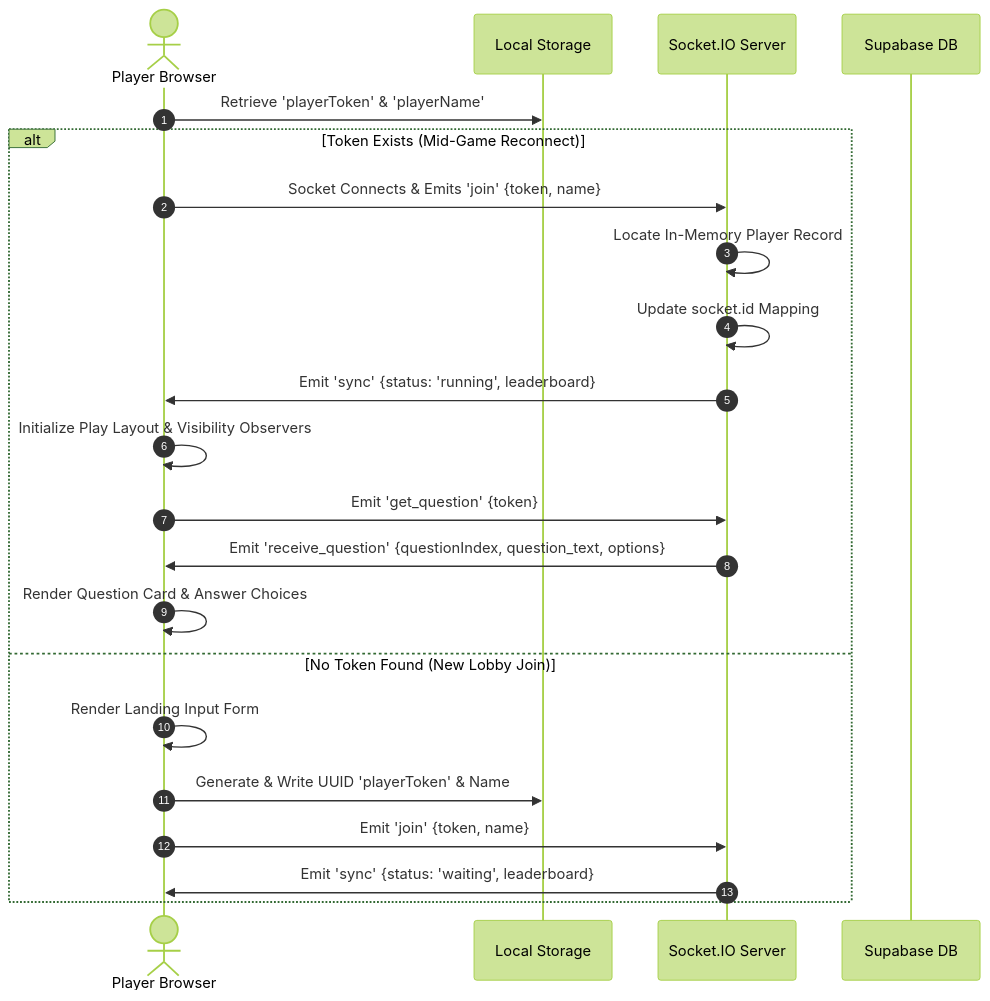
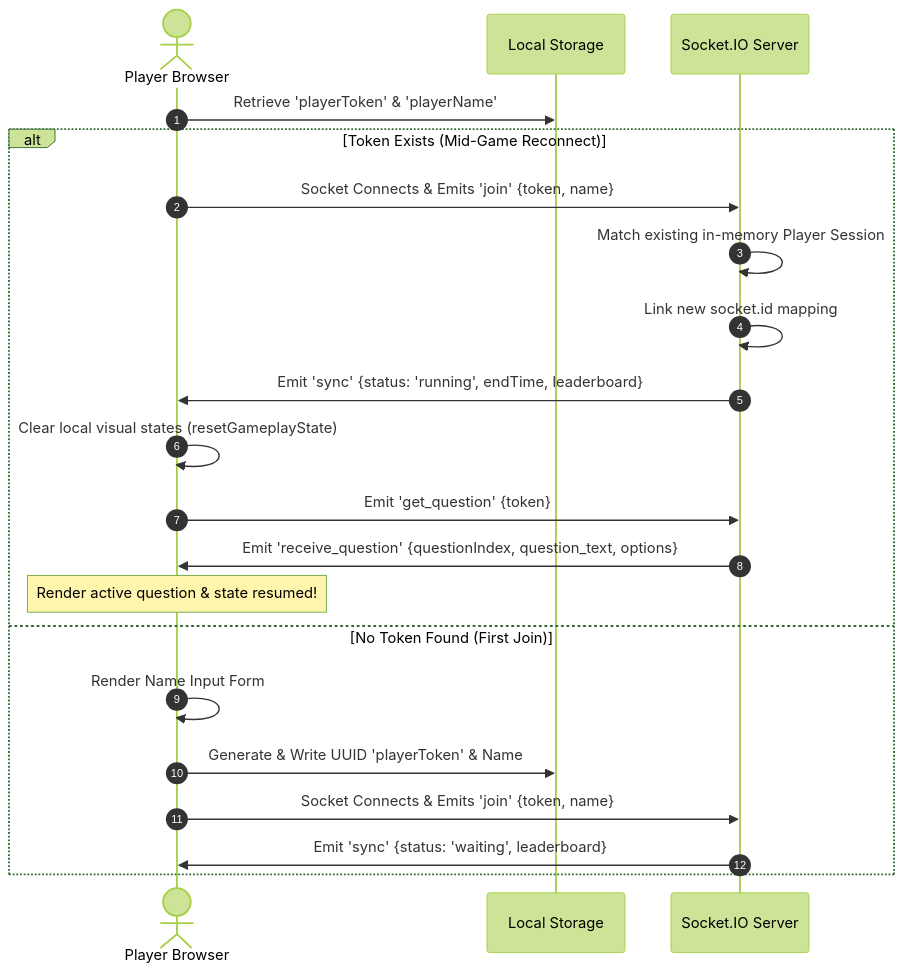
One commit to FinDaHuman/ZapQuiz changed the second of 4 diagrams in README.md. Above: the diagram before and after it, drawn with Mermaid (forest theme). The commit also changed other lines of this file, not shown here.

````diff
--- a/README.md
+++ b/README.md
@@ -90,25 +109,24 @@
 ```mermaid
 sequenceDiagram
     autonumber
     actor Player as Player Browser
     participant LS as Local Storage
     participant Socket as Socket.IO Server
-    participant DB as Supabase DB
 
     Player->>LS: Retrieve 'playerToken' & 'playerName'
     alt Token Exists (Mid-Game Reconnect)
         Player->>Socket: Socket Connects & Emits 'join' {token, name}
-        Socket->>Socket: Locate In-Memory Player Record
-        Socket->>Socket: Update socket.id Mapping
-        Socket->>Player: Emit 'sync' {status: 'running', leaderboard}
-        Player->>Player: Initialize Play Layout & Visibility Observers
+        Socket->>Socket: Match existing in-memory Player Session
+        Socket->>Socket: Link new socket.id mapping
+        Socket->>Player: Emit 'sync' {status: 'running', endTime, leaderboard}
+        Player->>Player: Clear local visual states (resetGameplayState)
         Player->>Socket: Emit 'get_question' {token}
         Socket->>Player: Emit 'receive_question' {questionIndex, question_text, options}
-        Player->>Player: Render Question Card & Answer Choices
-    else No Token Found (New Lobby Join)
-        Player->>Player: Render Landing Input Form
+        Note over Player: Render active question & state resumed!
+    else No Token Found (First Join)
+        Player->>Player: Render Name Input Form
         Player->>LS: Generate & Write UUID 'playerToken' & Name
-        Player->>Socket: Emit 'join' {token, name}
+        Player->>Socket: Socket Connects & Emits 'join' {token, name}
         Socket->>Player: Emit 'sync' {status: 'waiting', leaderboard}
     end
 ```
````
